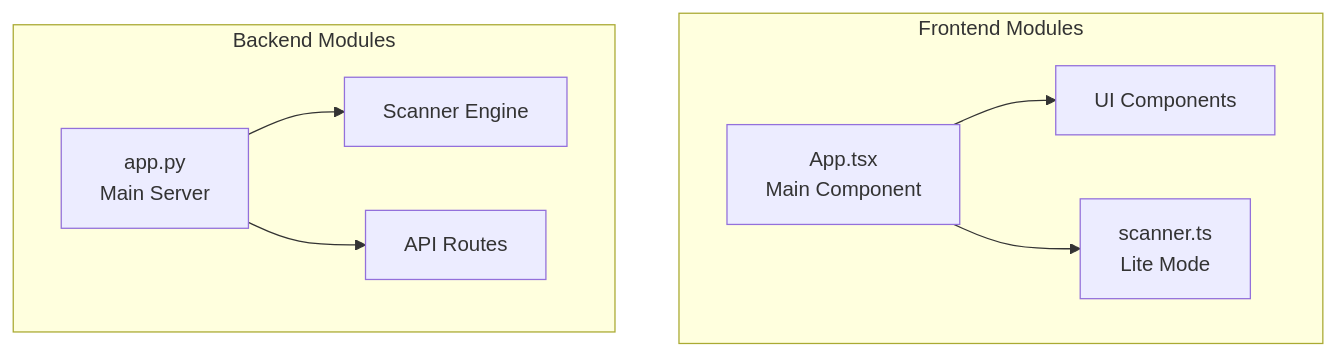
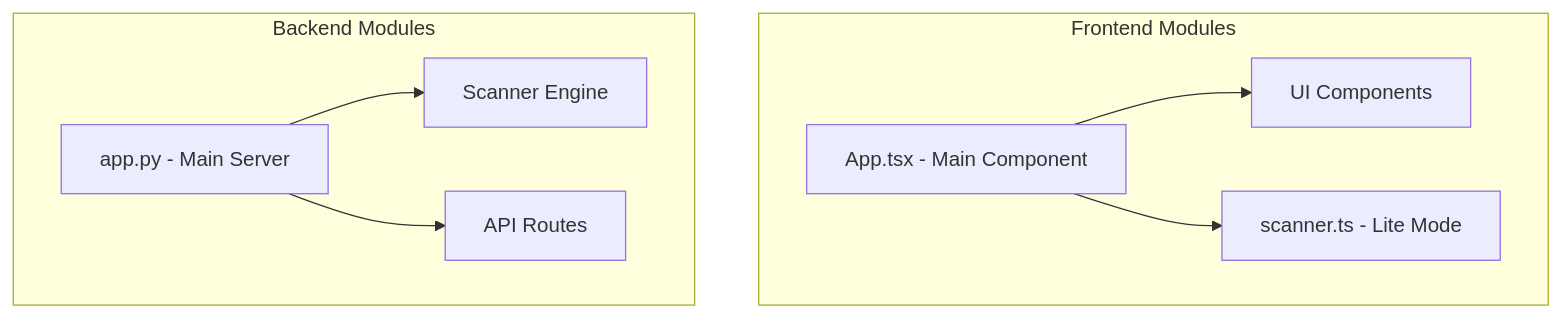
Before and after one commit to alamshoaib134/git-secret-scanner: the first of 18 diagrams in architecture/LLD.md, drawn with Mermaid. The commit also changed other lines of this file and 1 other file, not shown here.

First line of the commit message:
Fix Mermaid syntax errors in architecture diagrams

````diff
--- a/architecture/LLD.md
+++ b/architecture/LLD.md
@@ -9,19 +9,19 @@
 ```mermaid
 flowchart TB
     subgraph Frontend["Frontend Modules"]
-        APP[App.tsx<br/>Main Component]
-        UI[UI Components]
-        SCANNER[scanner.ts<br/>Lite Mode]
+        APP["App.tsx - Main Component"]
+        UI["UI Components"]
+        SCANNER["scanner.ts - Lite Mode"]
     end
 
     subgraph Backend["Backend Modules"]
-        MAIN[app.py<br/>Main Server]
-        ENGINE[Scanner Engine]
-        ROUTES[API Routes]
+        MAIN["app.py - Main Server"]
+        ENGINE["Scanner Engine"]
+        ROUTES["API Routes"]
     end
 
     APP --> UI
     APP --> SCANNER
     MAIN --> ENGINE
     MAIN --> ROUTES
 ```
````
